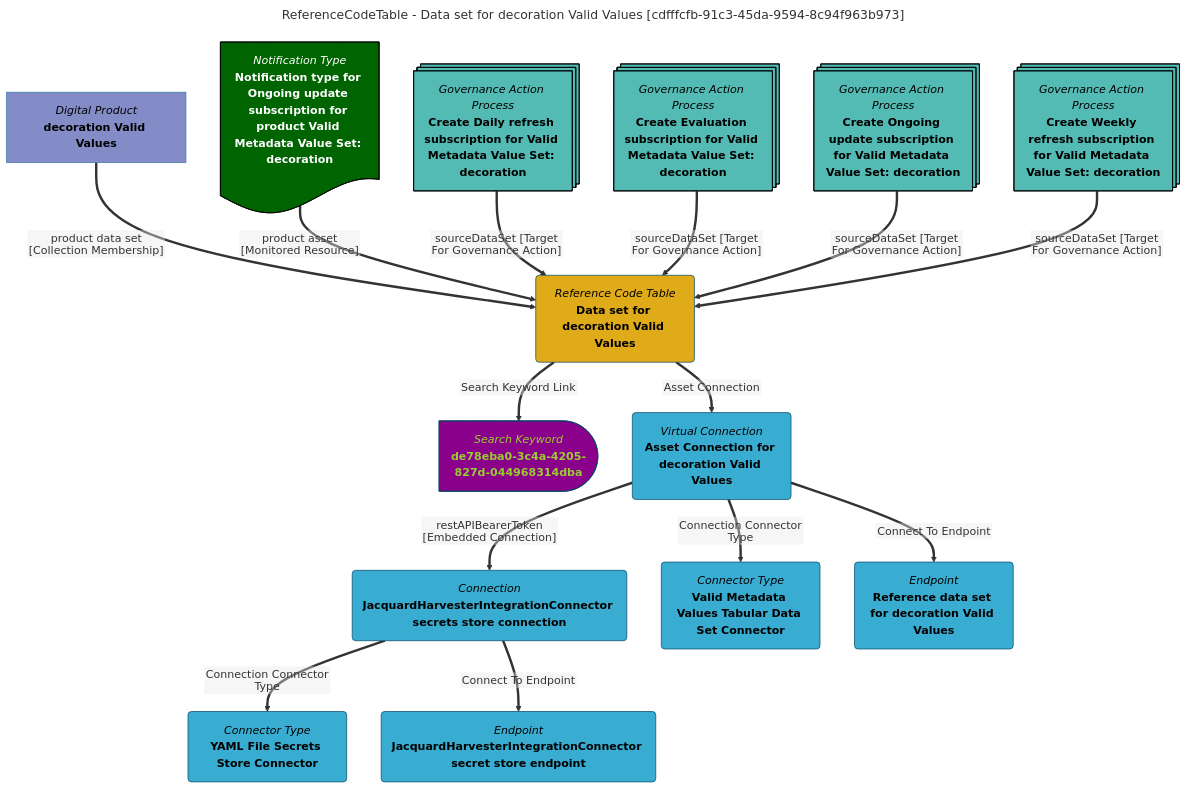
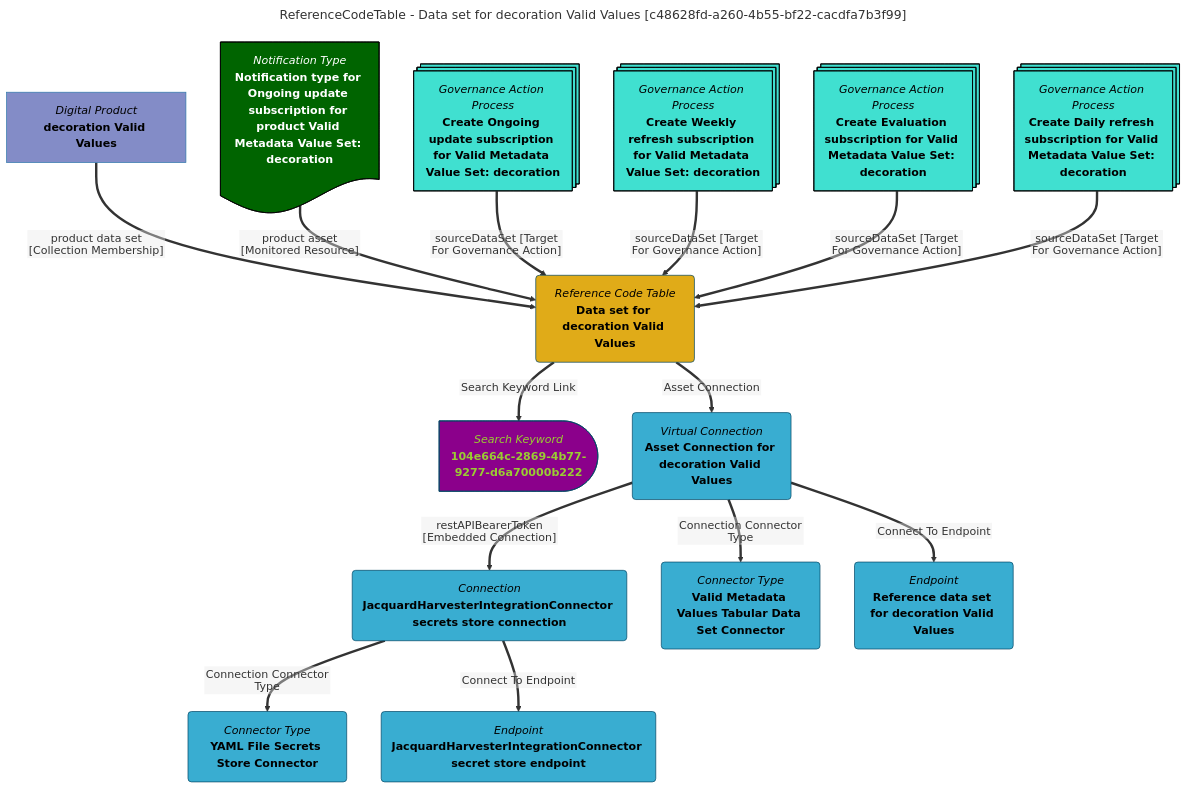
One commit to odpi/egeria-docs changed the diagram in site/snippets/data-assets/data-set-for-decoration-valid-values-mermaid-graph.md. Above: the diagram before and after it, drawn with Mermaid. The commit also changed 2201 other files, not shown here.

````diff
--- a/site/snippets/data-assets/data-set-for-decoration-valid-values-mermaid-graph.md
+++ b/site/snippets/data-assets/data-set-for-decoration-valid-values-mermaid-graph.md
@@ -1,63 +1,63 @@
 ```mermaid
 ---
-title: ReferenceCodeTable - Data set for decoration Valid Values [cdfffcfb-91c3-45da-9594-8c94f963b973]
+title: ReferenceCodeTable - Data set for decoration Valid Values [c48628fd-a260-4b55-bf22-cacdfa7b3f99]
 ---
 flowchart TD
 %%{init: {"flowchart": {"htmlLabels": false}} }%%
 
 1@{ shape: rounded, label: "*Reference Code Table*
 **Data set for decoration Valid Values**"}
 2@{ shape: delay, label: "*Search Keyword*
-**de78eba0-3c4a-4205-827d-044968314dba**"}
+**104e664c-2869-4b77-9277-d6a70000b222**"}
 1==>|"Search Keyword Link"|2
 3@{ shape: rect, label: "*Digital Product*
 **decoration Valid Values**"}
 3==>|"product data set [Collection Membership]"|1
 4@{ shape: rounded, label: "*Virtual Connection*
 **Asset Connection for decoration Valid Values**"}
 1==>|"Asset Connection"|4
 5@{ shape: rounded, label: "*Connection*
 **JacquardHarvesterIntegrationConnector secrets store connection**"}
 4==>|"restAPIBearerToken [Embedded Connection]"|5
 6@{ shape: rounded, label: "*Connector Type*
 **YAML File Secrets Store Connector**"}
 5==>|"Connection Connector Type"|6
 7@{ shape: rounded, label: "*Endpoint*
 **JacquardHarvesterIntegrationConnector secret store endpoint**"}
 5==>|"Connect To Endpoint"|7
 8@{ shape: rounded, label: "*Connector Type*
 **Valid Metadata Values Tabular Data Set Connector**"}
 4==>|"Connection Connector Type"|8
 9@{ shape: rounded, label: "*Endpoint*
 **Reference data set for decoration Valid Values**"}
 4==>|"Connect To Endpoint"|9
 10@{ shape: doc, label: "*Notification Type*
 **Notification type for Ongoing update subscription for product Valid Metadata Value Set: decoration**"}
 10==>|"product asset [Monitored Resource]"|1
 11@{ shape: processes, label: "*Governance Action Process*
-**Create Daily refresh subscription for Valid Metadata Value Set: decoration**"}
+**Create Ongoing update subscription for Valid Metadata Value Set: decoration**"}
 11==>|"sourceDataSet [Target For Governance Action]"|1
 12@{ shape: processes, label: "*Governance Action Process*
-**Create Evaluation subscription for Valid Metadata Value Set: decoration**"}
+**Create Weekly refresh subscription for Valid Metadata Value Set: decoration**"}
 12==>|"sourceDataSet [Target For Governance Action]"|1
 13@{ shape: processes, label: "*Governance Action Process*
-**Create Ongoing update subscription for Valid Metadata Value Set: decoration**"}
+**Create Evaluation subscription for Valid Metadata Value Set: decoration**"}
 13==>|"sourceDataSet [Target For Governance Action]"|1
 14@{ shape: processes, label: "*Governance Action Process*
-**Create Weekly refresh subscription for Valid Metadata Value Set: decoration**"}
+**Create Daily refresh subscription for Valid Metadata Value Set: decoration**"}
 14==>|"sourceDataSet [Target For Governance Action]"|1
-style 11 color:#000000, fill:#53bbb4, stroke:#000000
-style 12 color:#000000, fill:#53bbb4, stroke:#000000
-style 13 color:#000000, fill:#53bbb4, stroke:#000000
-style 14 color:#000000, fill:#53bbb4, stroke:#000000
+style 11 color:#000000, fill:#40E0D0, stroke:#000000
+style 12 color:#000000, fill:#40E0D0, stroke:#000000
+style 13 color:#000000, fill:#40E0D0, stroke:#000000
+style 14 color:#000000, fill:#40E0D0, stroke:#000000
 style 1 color:#000000, fill:#e0ab18, stroke:#004563
-style 2 color:#9acd32, fill:#8b008b, stroke:#004563
+style 2 color:#9ACD32, fill:#8B008B, stroke:#004563
 style 3 color:#000000, fill:#838cc7, stroke:#3079ab
 style 4 color:#000000, fill:#39add1, stroke:#004563
 style 5 color:#000000, fill:#39add1, stroke:#004563
 style 6 color:#000000, fill:#39add1, stroke:#004563
 style 7 color:#000000, fill:#39add1, stroke:#004563
 style 8 color:#000000, fill:#39add1, stroke:#004563
 style 9 color:#000000, fill:#39add1, stroke:#004563
 style 10 color:#FFFFFF, fill:#006400, stroke:#000000
 ```
````
